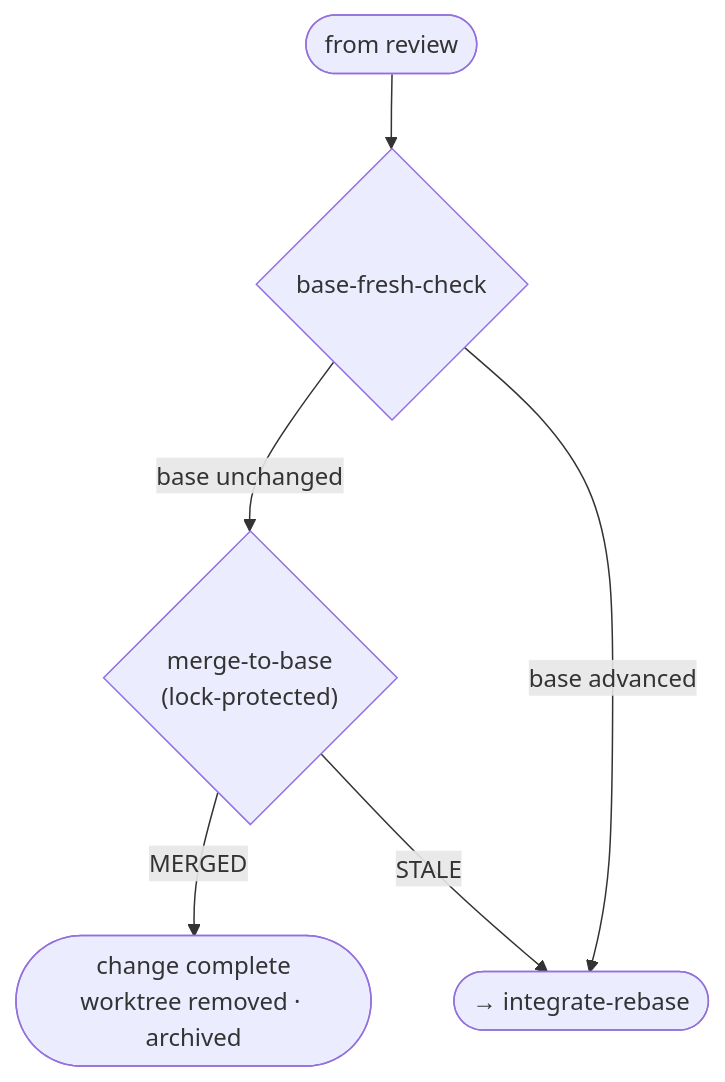
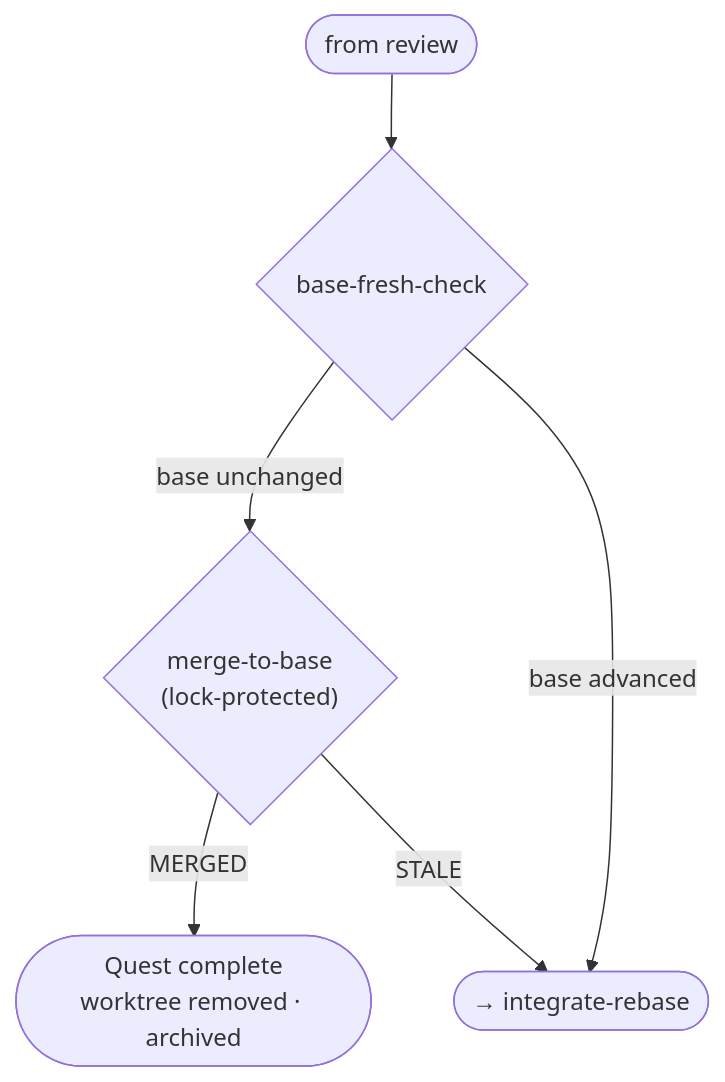
Diagram 12 of 12 in docs/architecture.md (jpoimboe/imp), drawn with Mermaid before and after one commit. The commit also changed other lines of this file and 6 other files, not shown here.

````diff
--- a/docs/architecture.md
+++ b/docs/architecture.md
@@ -234,8 +234,8 @@
 ```mermaid
 flowchart TD
   in([from review]) --> BFC{"base-fresh-check"}
   BFC -->|"base unchanged"| M2B{"merge-to-base<br/>(lock-protected)"}
   BFC -->|"base advanced"| reint([→ integrate-rebase])
-  M2B -->|MERGED| done([change complete<br/>worktree removed · archived])
+  M2B -->|MERGED| done([Quest complete<br/>worktree removed · archived])
   M2B -->|STALE| reint
 ```
````
